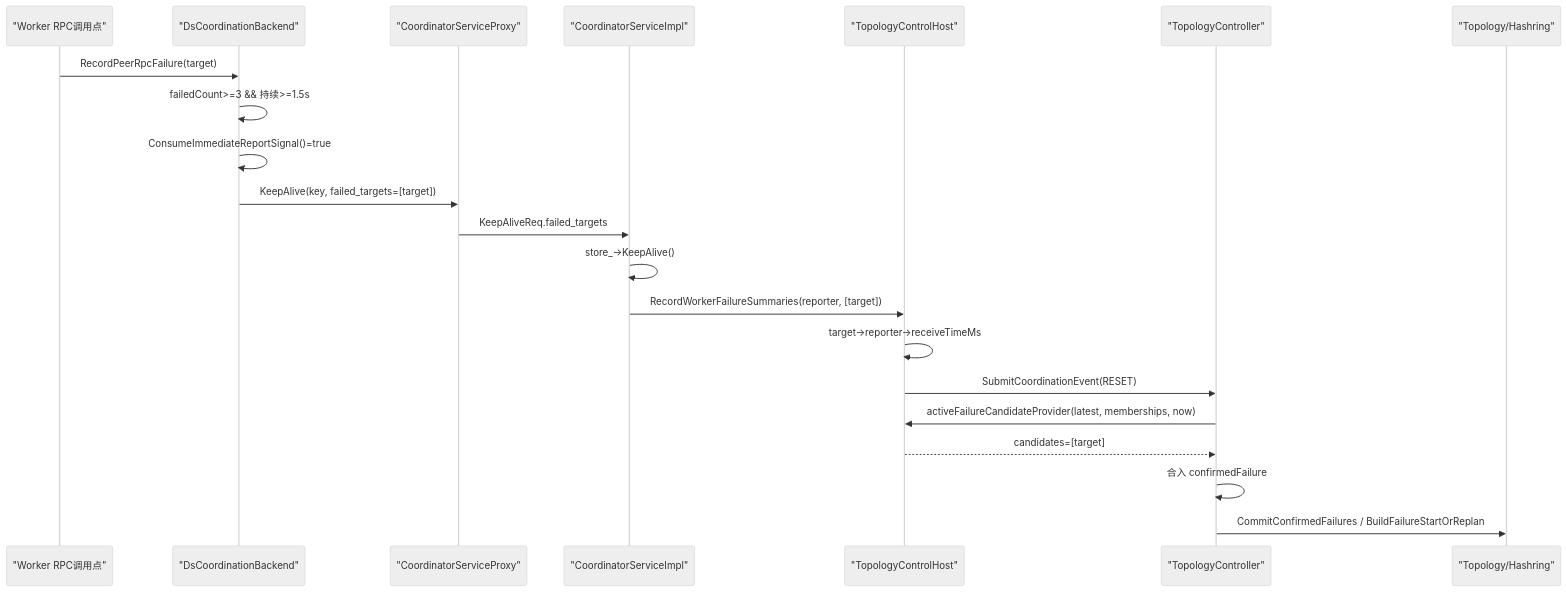
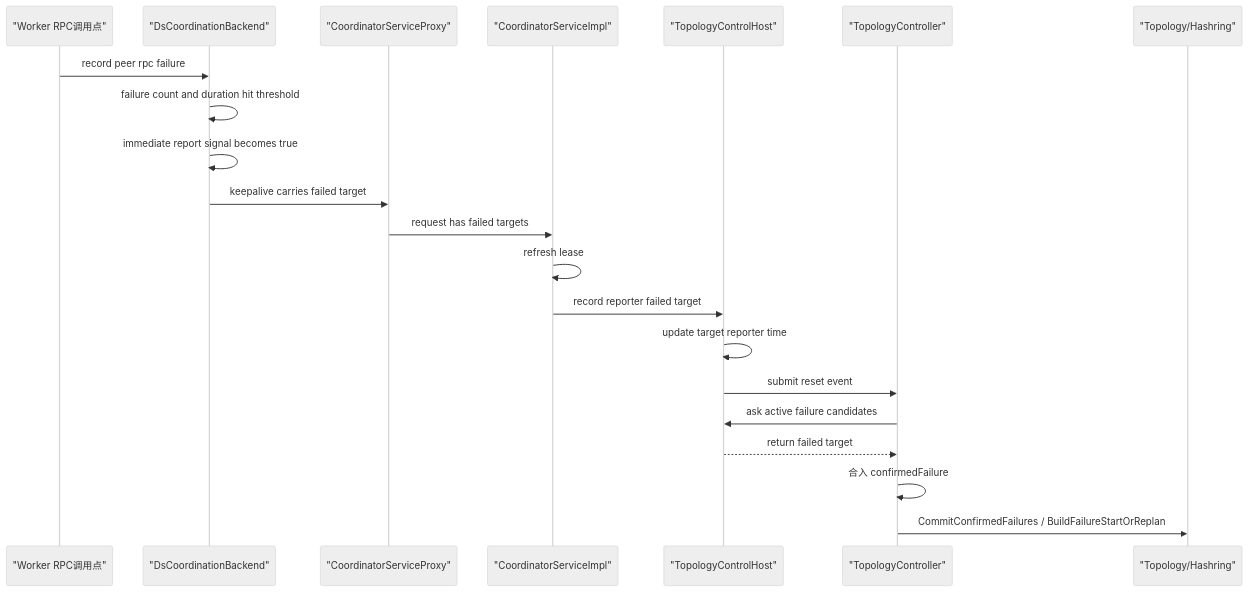
Before and after one commit to CheYulin/yuanrong-datasystem-agent-workbench: the first of 5 diagrams in rfc/2026-08-04-client-fast-failover-isolation/detailed-design.md, drawn with Mermaid (neutral theme). The commit also changed other lines of this file and 3 other files, not shown here.

````diff
--- a/rfc/2026-08-04-client-fast-failover-isolation/detailed-design.md
+++ b/rfc/2026-08-04-client-fast-failover-isolation/detailed-design.md
@@ -218,24 +218,24 @@
 ```mermaid
 sequenceDiagram
     participant RPC as "Worker RPC调用点"
     participant B as "DsCoordinationBackend"
     participant P as "CoordinatorServiceProxy"
     participant S as "CoordinatorServiceImpl"
     participant H as "TopologyControlHost"
     participant T as "TopologyController"
     participant R as "Topology/Hashring"
 
-    RPC->>B: RecordPeerRpcFailure(target)
-    B->>B: failedCount>=3 && 持续>=1.5s
-    B->>B: ConsumeImmediateReportSignal()=true
-    B->>P: KeepAlive(key, failed_targets=[target])
-    P->>S: KeepAliveReq.failed_targets
-    S->>S: store_->KeepAlive()
-    S->>H: RecordWorkerFailureSummaries(reporter, [target])
-    H->>H: target->reporter->receiveTimeMs
-    H->>T: SubmitCoordinationEvent(RESET)
-    T->>H: activeFailureCandidateProvider(latest, memberships, now)
-    H-->>T: candidates=[target]
+    RPC->>B: record peer rpc failure
+    B->>B: failure count and duration hit threshold
+    B->>B: immediate report signal becomes true
+    B->>P: keepalive carries failed target
+    P->>S: request has failed targets
+    S->>S: refresh lease
+    S->>H: record reporter failed target
+    H->>H: update target reporter time
+    H->>T: submit reset event
+    T->>H: ask active failure candidates
+    H-->>T: return failed target
     T->>T: 合入 confirmedFailure
     T->>R: CommitConfirmedFailures / BuildFailureStartOrReplan
 ```
````
